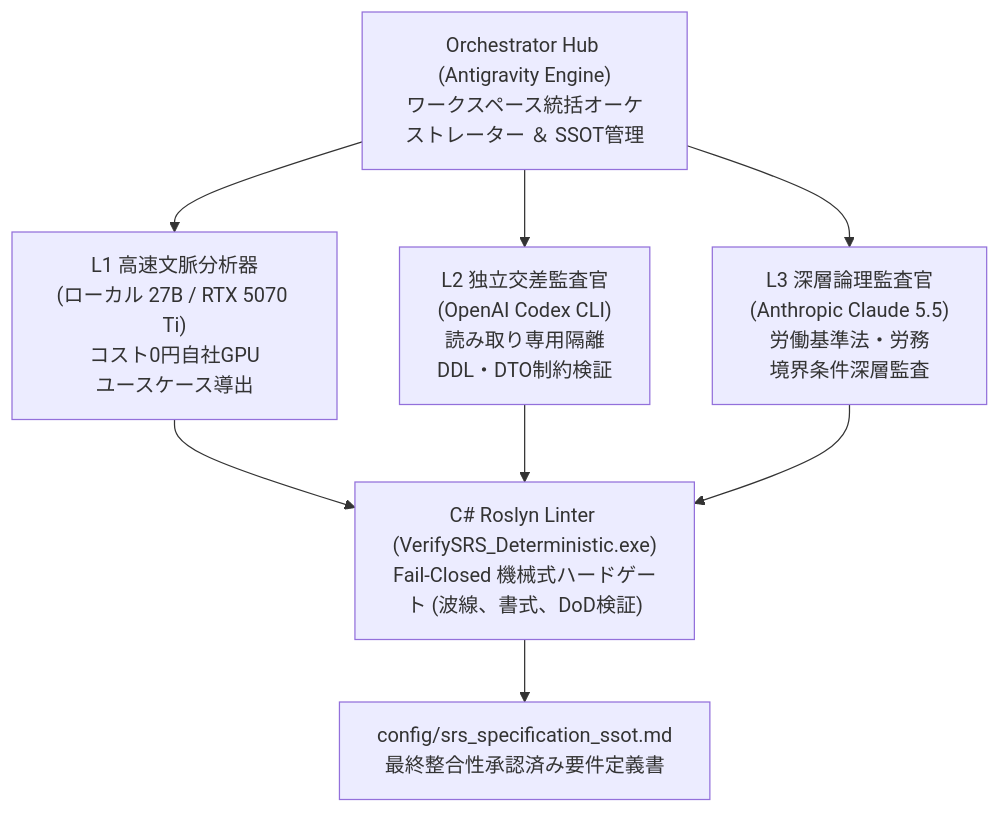
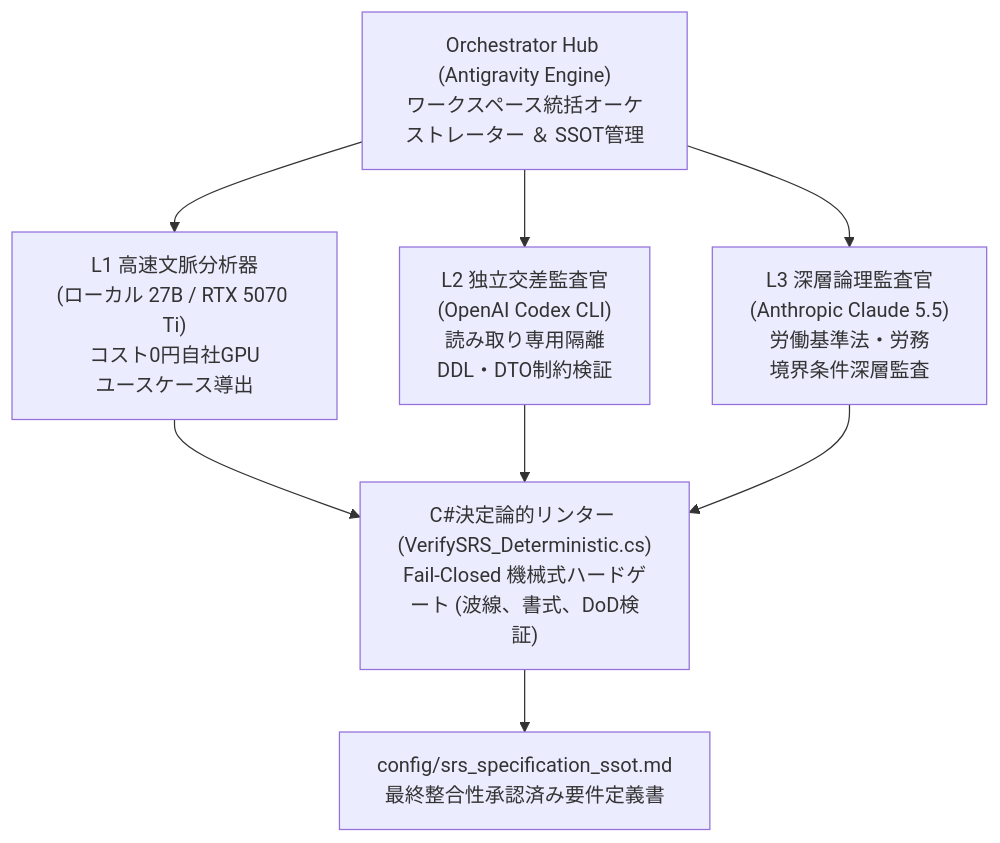
Before and after one commit to KBG183/Hybrid-srs-triad-auditor: the second of 2 diagrams in README.md, drawn with Mermaid. The commit also changed other lines of this file and 7 other files, not shown here.

````diff
--- a/README.md
+++ b/README.md
@@ -90,21 +90,21 @@
 ```mermaid
 flowchart TD
     HUB["Orchestrator Hub (Antigravity Engine)<br/>ワークスペース統括オーケストレーター ＆ SSOT管理"]
 
     L1["L1 高速文脈分析器<br/>(ローカル 27B / RTX 5070 Ti)<br/>コスト0円自社GPU<br/>ユースケース導出"]
     L2["L2 独立交差監査官<br/>(OpenAI Codex CLI)<br/>読み取り専用隔離<br/>DDL・DTO制約検証"]
     L3["L3 深層論理監査官<br/>(Anthropic Claude 5.5)<br/>労働基準法・労務<br/>境界条件深層監査"]
 
-    LINTER["C# Roslyn Linter (VerifySRS_Deterministic.exe)<br/>Fail-Closed 機械式ハードゲート (波線、書式、DoD検証)"]
+    LINTER["C#決定論的リンター (VerifySRS_Deterministic.cs)<br/>Fail-Closed 機械式ハードゲート (波線、書式、DoD検証)"]
     SSOT["config/srs_specification_ssot.md<br/>最終整合性承認済み要件定義書"]
 
     HUB --> L1
     HUB --> L2
     HUB --> L3
 
     L1 --> LINTER
     L2 --> LINTER
     L3 --> LINTER
 
     LINTER --> SSOT
 ```
````
